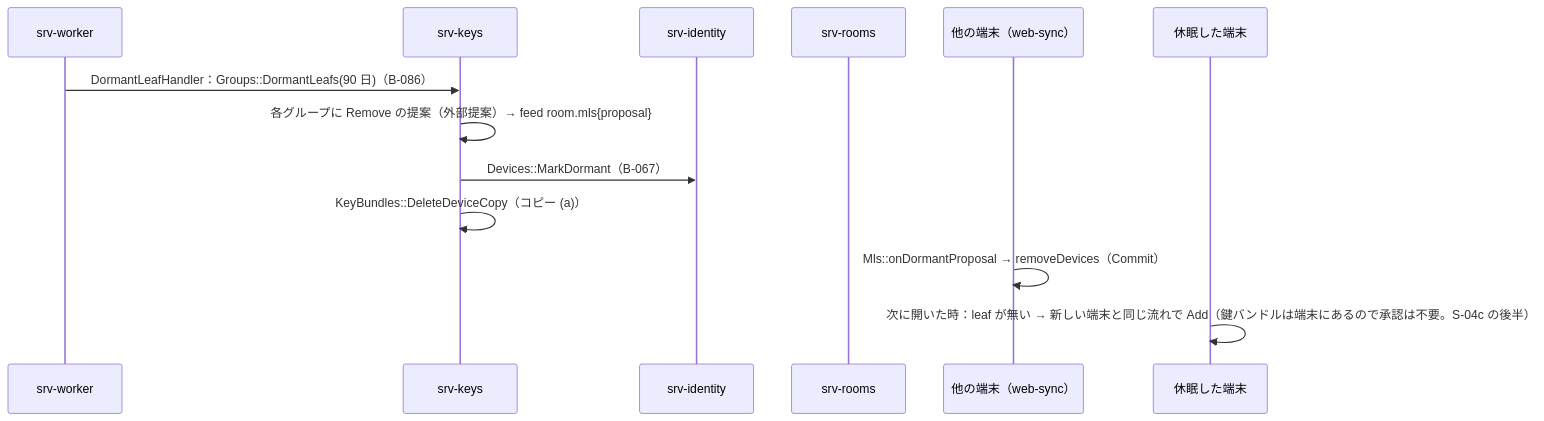
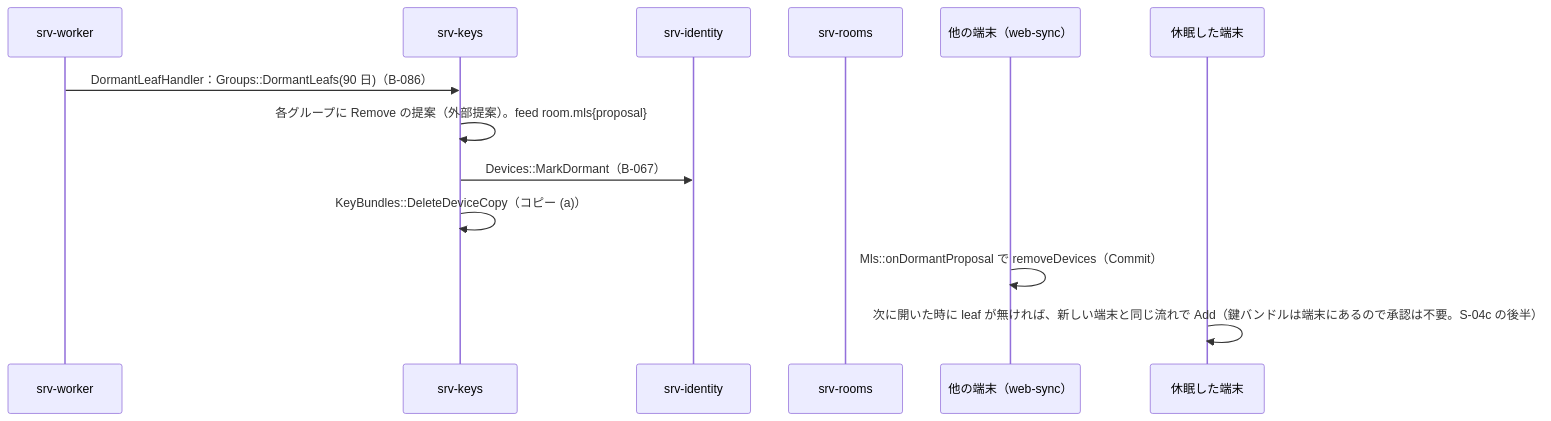
One commit to nrsd-ishikawasou/family-talk-pwa changed the sixth of 6 diagrams in dev/docs/jp/シーケンス/10_構成の変化.md. Above: the diagram before and after it, drawn with Mermaid. The commit also changed other lines of this file and 290 other files, not shown here.

````diff
--- a/dev/docs/jp/シーケンス/10_構成の変化.md
+++ b/dev/docs/jp/シーケンス/10_構成の変化.md
@@ -162,15 +175,15 @@
 ```mermaid
 sequenceDiagram
   participant WK as srv-worker
   participant KY as srv-keys
   participant ID as srv-identity
   participant RM as srv-rooms
   participant E as 他の端末（web-sync）
   participant D as 休眠した端末
   WK->>KY: DormantLeafHandler：Groups::DormantLeafs(90 日)（B-086）
-  KY->>KY: 各グループに Remove の提案（外部提案）→ feed room.mls{proposal}
+  KY->>KY: 各グループに Remove の提案（外部提案）。feed room.mls{proposal}
   KY->>ID: Devices::MarkDormant（B-067）
   KY->>KY: KeyBundles::DeleteDeviceCopy（コピー (a)）
-  E->>E: Mls::onDormantProposal → removeDevices（Commit）
-  D->>D: 次に開いた時：leaf が無い → 新しい端末と同じ流れで Add（鍵バンドルは端末にあるので承認は不要。S-04c の後半）
+  E->>E: Mls::onDormantProposal で removeDevices（Commit）
+  D->>D: 次に開いた時に leaf が無ければ、新しい端末と同じ流れで Add（鍵バンドルは端末にあるので承認は不要。S-04c の後半）
 ```
````
